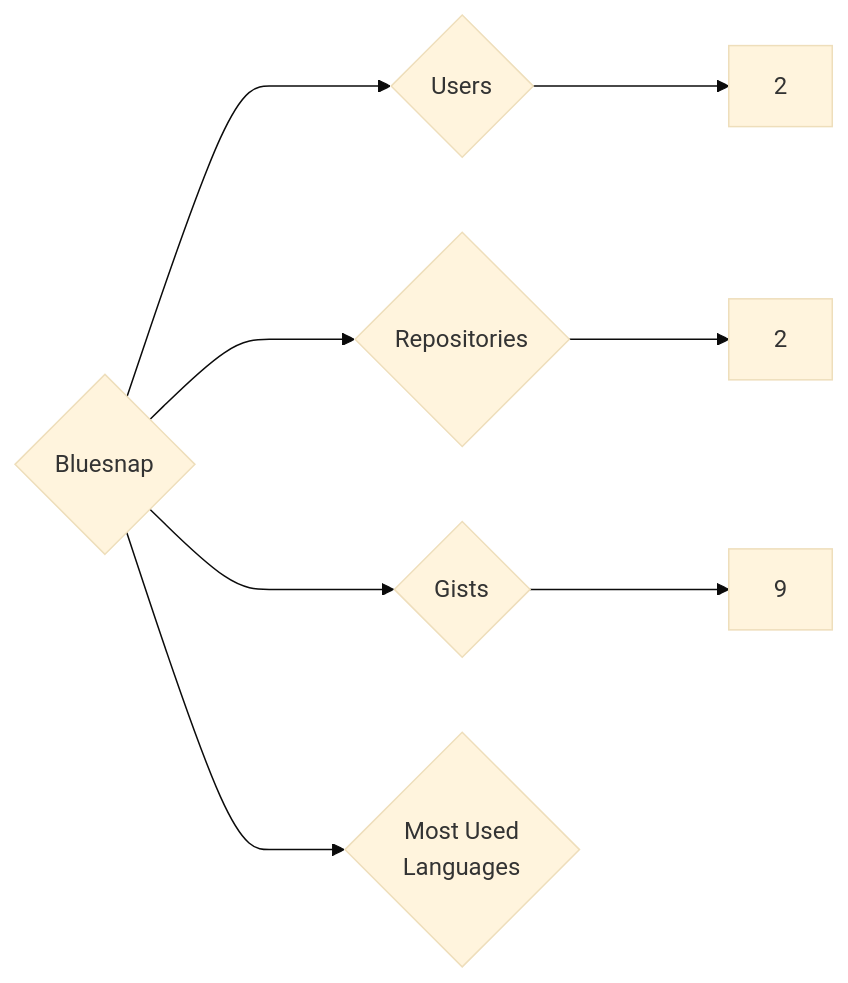
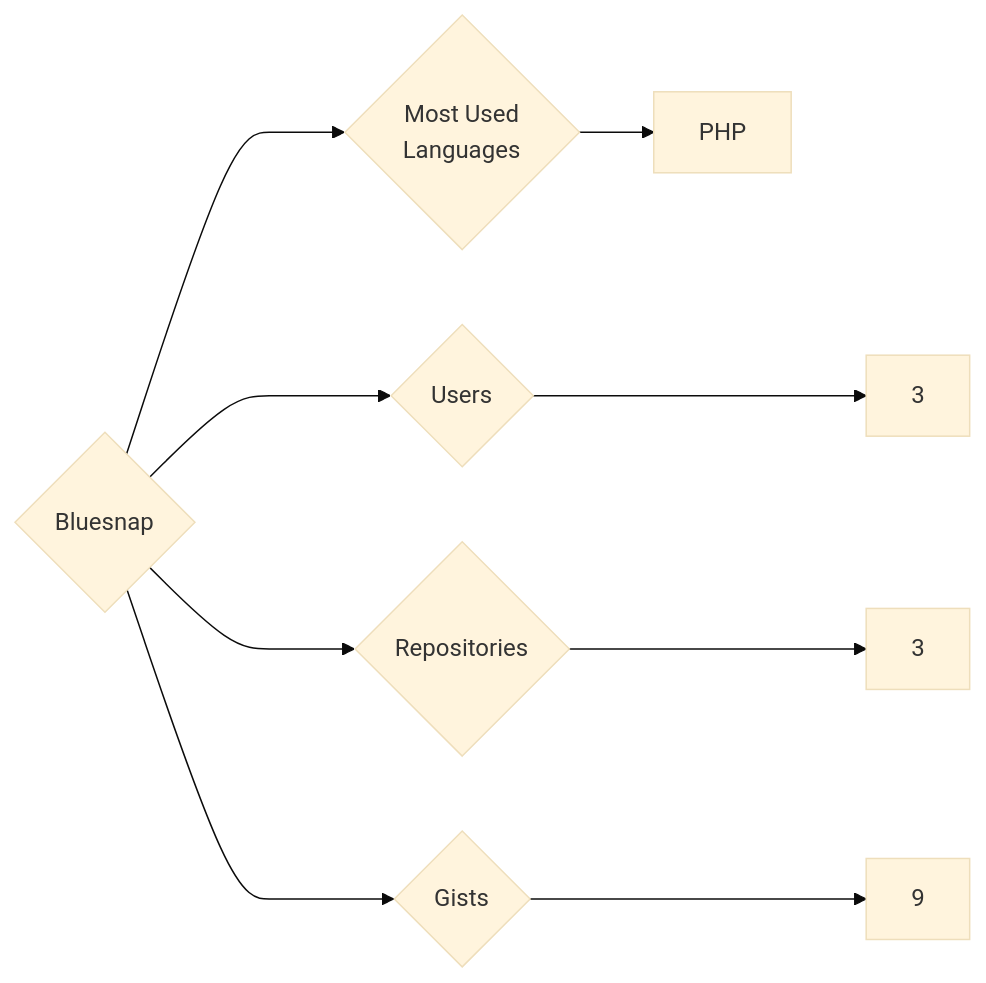
Before and after one commit to trickest/insiders: the diagram in targets/Bluesnap/README.md, drawn with Mermaid (base theme). The commit also changed 873 other files, not shown here.

````diff
--- a/targets/Bluesnap/README.md
+++ b/targets/Bluesnap/README.md
@@ -3,8 +3,9 @@
 ```mermaid
 graph LR
 COMPANY_NAME{Bluesnap}
-COMPANY_NAME ---> U{Users} ---> UN[2]
-COMPANY_NAME ---> R{Repositories} ---> RN[2]
+COMPANY_NAME ---> U{Users} ---> UN[3]
+COMPANY_NAME ---> R{Repositories} ---> RN[3]
 COMPANY_NAME ---> G{Gists} ---> GN[9]
 COMPANY_NAME ---> ML{Most Used<br>Languages}
+ML --> PHP[PHP]
 ```
````
